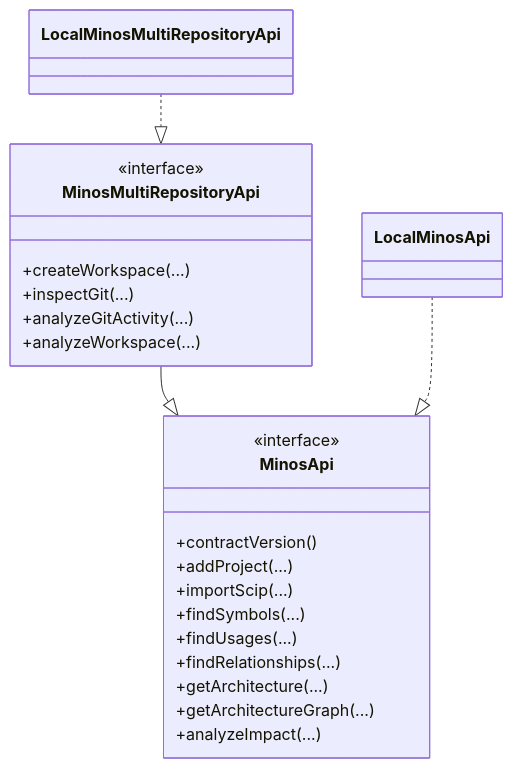
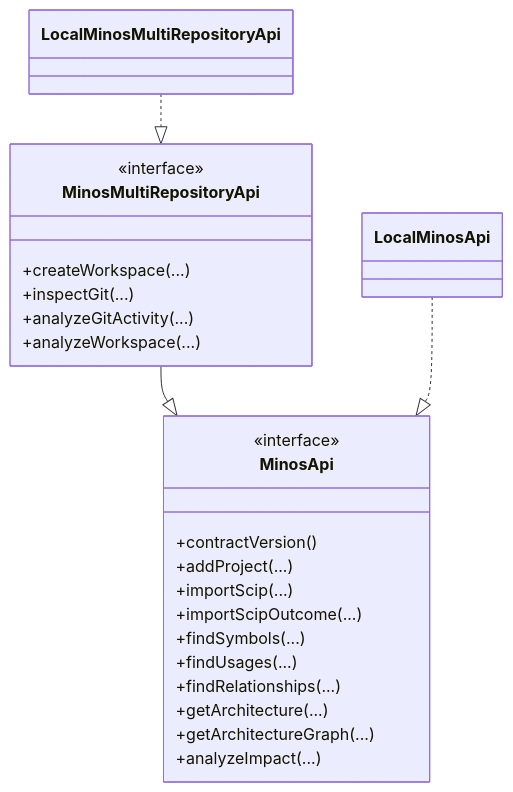
Before and after one commit to FTurleque/minos-code-intelligence: the diagram in docs/user/java-api.md, drawn with Mermaid. The commit also changed other lines of this file and 565 other files, not shown here.

````diff
--- a/docs/user/java-api.md
+++ b/docs/user/java-api.md
@@ -191,28 +218,29 @@
 ```mermaid
 classDiagram
     class MinosApi {
       <<interface>>
       +contractVersion()
       +addProject(...)
       +importScip(...)
+      +importScipOutcome(...)
       +findSymbols(...)
       +findUsages(...)
       +findRelationships(...)
       +getArchitecture(...)
       +getArchitectureGraph(...)
       +analyzeImpact(...)
     }
     class MinosMultiRepositoryApi {
       <<interface>>
       +createWorkspace(...)
       +inspectGit(...)
       +analyzeGitActivity(...)
       +analyzeWorkspace(...)
     }
     class LocalMinosApi
     class LocalMinosMultiRepositoryApi
 
     MinosMultiRepositoryApi --|> MinosApi
     LocalMinosApi ..|> MinosApi
     LocalMinosMultiRepositoryApi ..|> MinosMultiRepositoryApi
 ```
````
